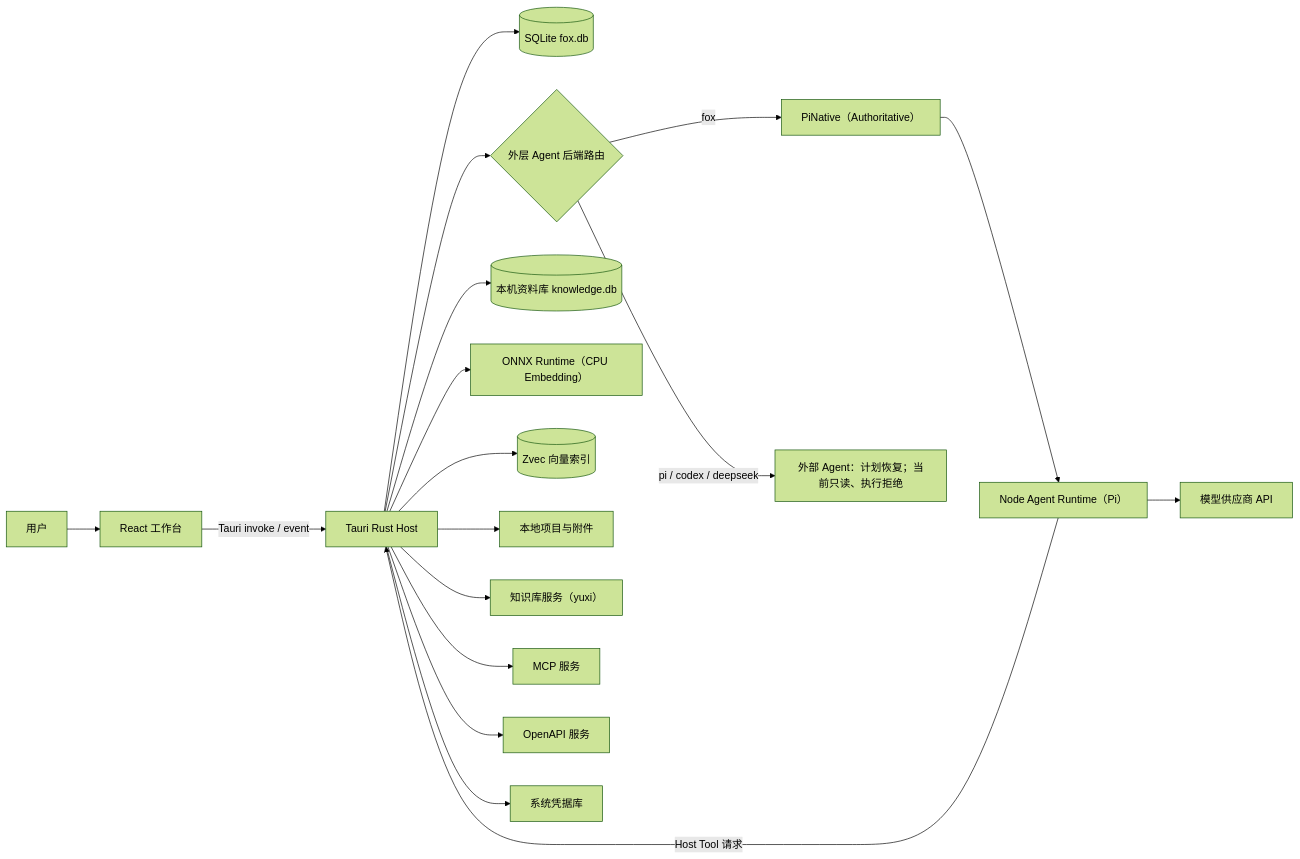
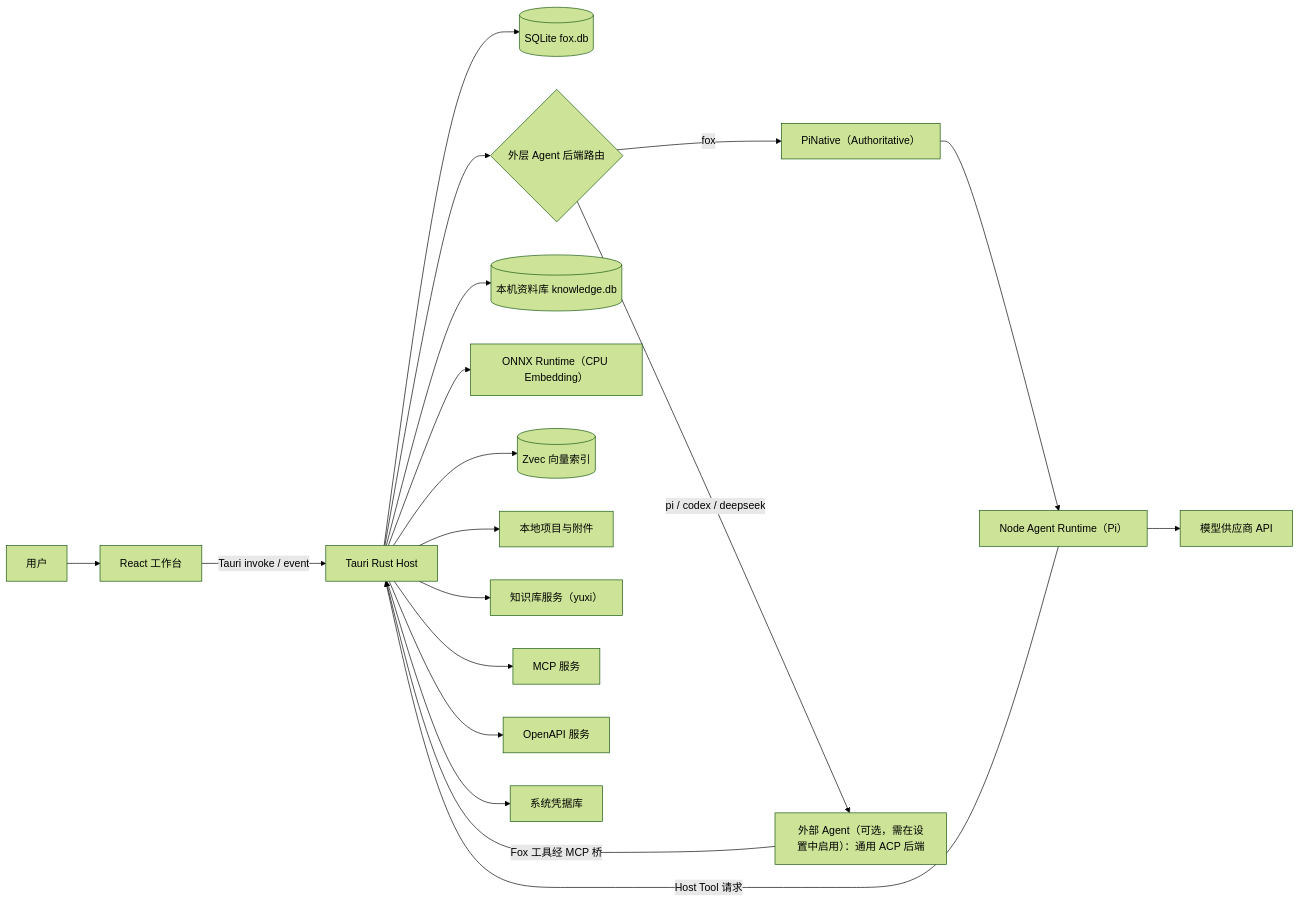
The first of 3 diagrams in docs/01-项目概览/系统概览.md (Hry1729/Fox-Agent), drawn with Mermaid (forest theme) before and after one commit. The commit also changed other lines of this file and 8 other files, not shown here.

````diff
--- a/docs/01-项目概览/系统概览.md
+++ b/docs/01-项目概览/系统概览.md
@@ -16,20 +16,21 @@
 ```mermaid
 flowchart LR
   User["用户"] --> UI["React 工作台"]
   UI -->|"Tauri invoke / event"| Host["Tauri Rust Host"]
   Host --> DB[("SQLite fox.db")]
   Host --> Router{"外层 Agent 后端路由"}
   Router -->|"fox"| Kernel["PiNative（Authoritative）"]
   Kernel --> Runtime["Node Agent Runtime（Pi）"]
   Runtime --> Model["模型供应商 API"]
   Runtime -->|"Host Tool 请求"| Host
-  Router -->|"pi / codex / deepseek"| Ext["外部 Agent：计划恢复；当前只读、执行拒绝"]
+  Router -->|"pi / codex / deepseek"| Ext["外部 Agent（可选，需在设置中启用）：通用 ACP 后端"]
+  Ext -->|"Fox 工具经 MCP 桥"| Host
   Host --> LocalKnowledge[("本机资料库 knowledge.db")]
   Host --> ONNX["ONNX Runtime（CPU Embedding）"]
   Host --> Zvec[("Zvec 向量索引")]
   Host --> Files["本地项目与附件"]
   Host --> Knowledge["知识库服务（yuxi）"]
   Host --> MCP["MCP 服务"]
   Host --> OpenAPI["OpenAPI 服务"]
   Host --> Keyring["系统凭据库"]
 ```
````
